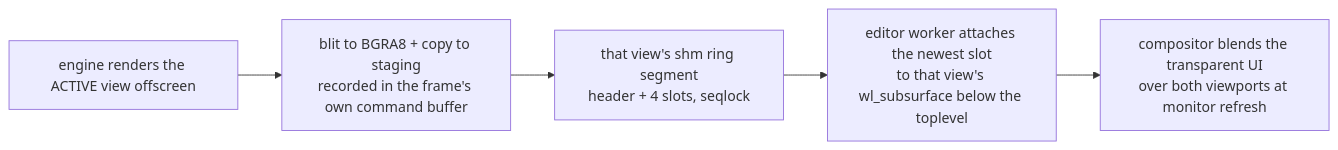
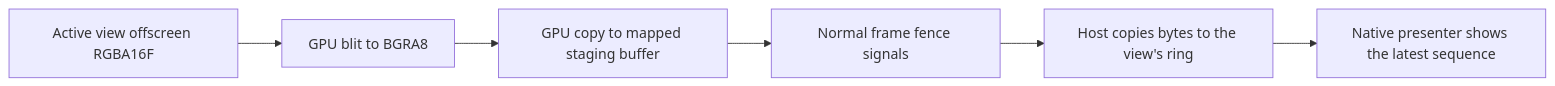
The diagram in docs/content/explanations/ui-and-editor/viewport-compositing.md (saffronjam/SaffronEngine), drawn with Mermaid before and after one commit. The commit also changed other lines of this file and 22 other files, not shown here.

````diff
--- a/docs/content/explanations/ui-and-editor/viewport-compositing.md
+++ b/docs/content/explanations/ui-and-editor/viewport-compositing.md
@@ -55,7 +68,8 @@
 ```mermaid
 flowchart LR
-    A[engine renders the ACTIVE view offscreen] --> B[blit to BGRA8 + copy to staging<br>recorded in the frame's own command buffer]
-    B --> C[that view's shm ring segment<br>header + 4 slots, seqlock]
-    C --> D[editor worker attaches the newest slot<br>to that view's wl_subsurface below the toplevel]
-    D --> E[compositor blends the transparent UI<br>over both viewports at monitor refresh]
+    A[Active view offscreen RGBA16F] --> B[GPU blit to BGRA8]
+    B --> C[GPU copy to mapped staging buffer]
+    C --> D[Normal frame fence signals]
+    D --> E[Host copies bytes to the view's ring]
+    E --> F[Native presenter shows the latest sequence]
 ```
````
